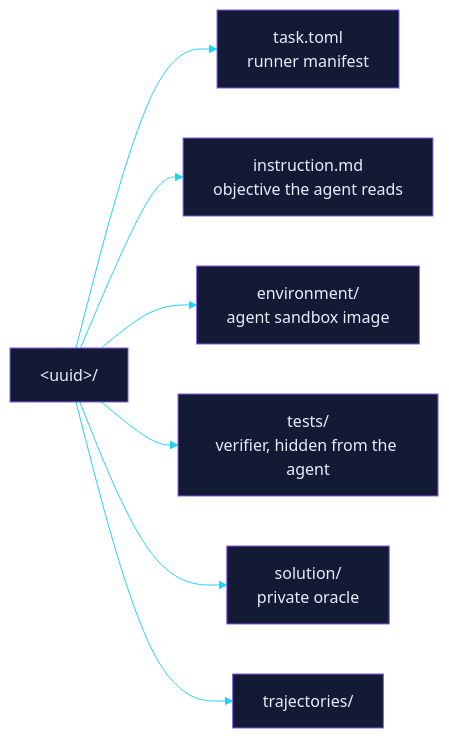
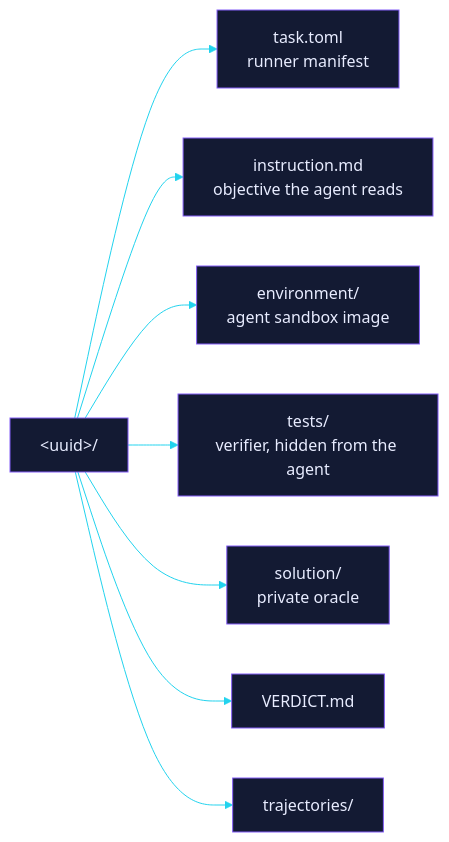
The first of 2 diagrams in README.md (EtharaLabs/kraken-samples), drawn with Mermaid before and after one commit.

Commit message:
docs(readme): render the lane README

````diff
--- a/README.md
+++ b/README.md
@@ -57,11 +57,12 @@
 ```mermaid
 %%{init: {"theme":"base","themeVariables":{"primaryColor":"#131a33","primaryTextColor":"#e8ecff","primaryBorderColor":"#845EF7","lineColor":"#22d3ee","fontFamily":"monospace"}}}%%
 flowchart LR
     bundle["&lt;uuid&gt;/"]
     bundle --> n0["task.toml<br/>runner manifest"]
     bundle --> n1["instruction.md<br/>objective the agent reads"]
     bundle --> n2["environment/<br/>agent sandbox image"]
     bundle --> n3["tests/<br/>verifier, hidden from the agent"]
     bundle --> n4["solution/<br/>private oracle"]
-    bundle --> n5["trajectories/"]
+    bundle --> n5["VERDICT.md"]
+    bundle --> n6["trajectories/"]
 ```
````
